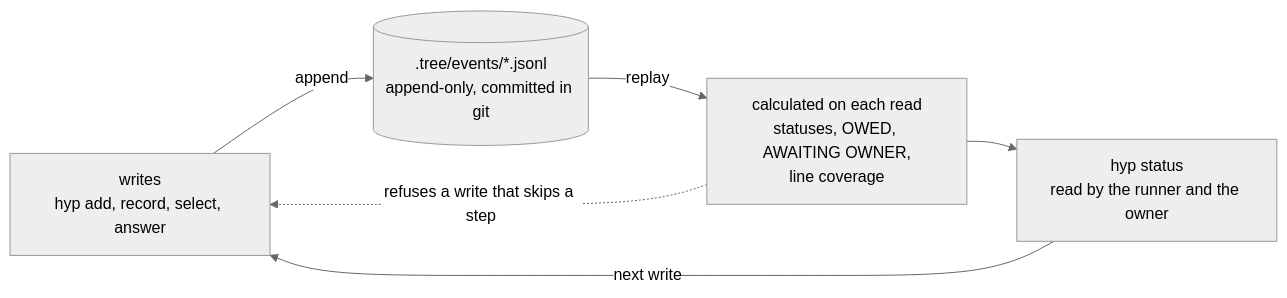
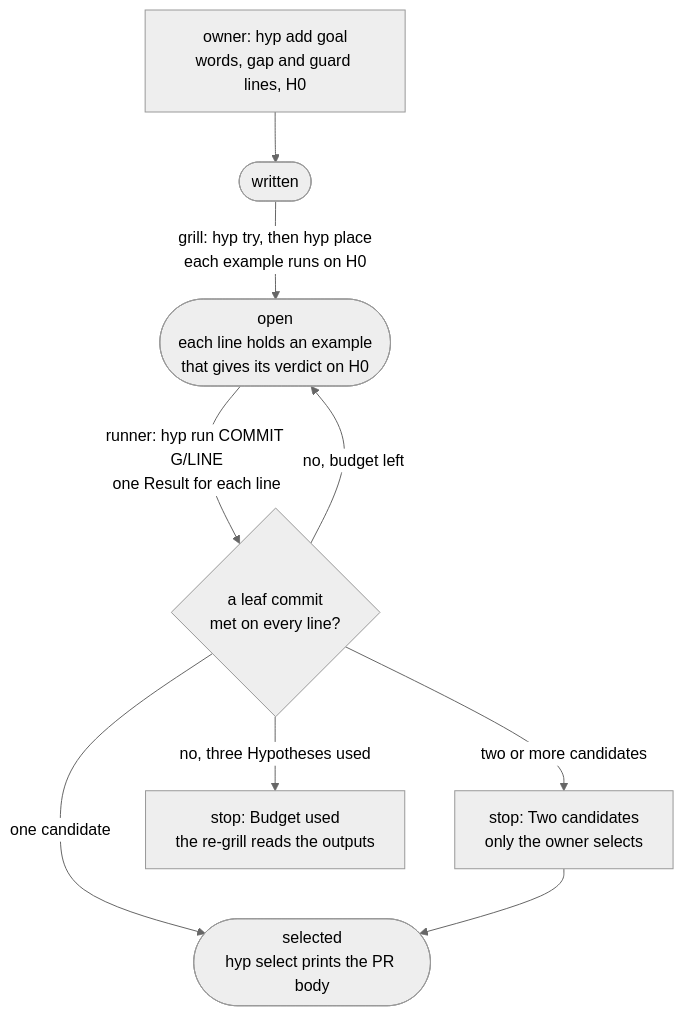
One commit to dat9uy/hyp changed the diagram in README.md. Above: the diagram before and after it, drawn with Mermaid (neutral theme). The commit also changed other lines of this file and 7 other files, not shown here.

````diff
--- a/README.md
+++ b/README.md
@@ -57,13 +32,11 @@
 ```mermaid
-flowchart LR
-  W["writes<br/>hyp add, record, select, answer"]
-  L[(".tree/events/*.jsonl<br/>append-only, committed in git")]
-  D["calculated on each read<br/>statuses, OWED, AWAITING OWNER,<br/>line coverage"]
-  P["hyp status<br/>read by the runner and the owner"]
-
-  W -- append --> L
-  L -- replay --> D
-  D --> P
-  P -- next write --> W
-  D -. refuses a write that skips a step .-> W
+flowchart TD
+  A["owner: hyp add goal<br/>words, gap and guard lines, H0"] --> W(["written"])
+  W -- "grill: hyp try, then hyp place<br/>each example runs on H0" --> O(["open<br/>each line holds an example<br/>that gives its verdict on H0"])
+  O -- "runner: hyp run COMMIT G/LINE<br/>one Result for each line" --> C{"a leaf commit<br/>met on every line?"}
+  C -- "no, budget left" --> O
+  C -- "one candidate" --> S(["selected<br/>hyp select prints the PR body"])
+  C -- "two or more candidates" --> T["stop: Two candidates<br/>only the owner selects"]
+  C -- "no, three Hypotheses used" --> B["stop: Budget used<br/>the re-grill reads the outputs"]
+  T --> S
 ```
````
